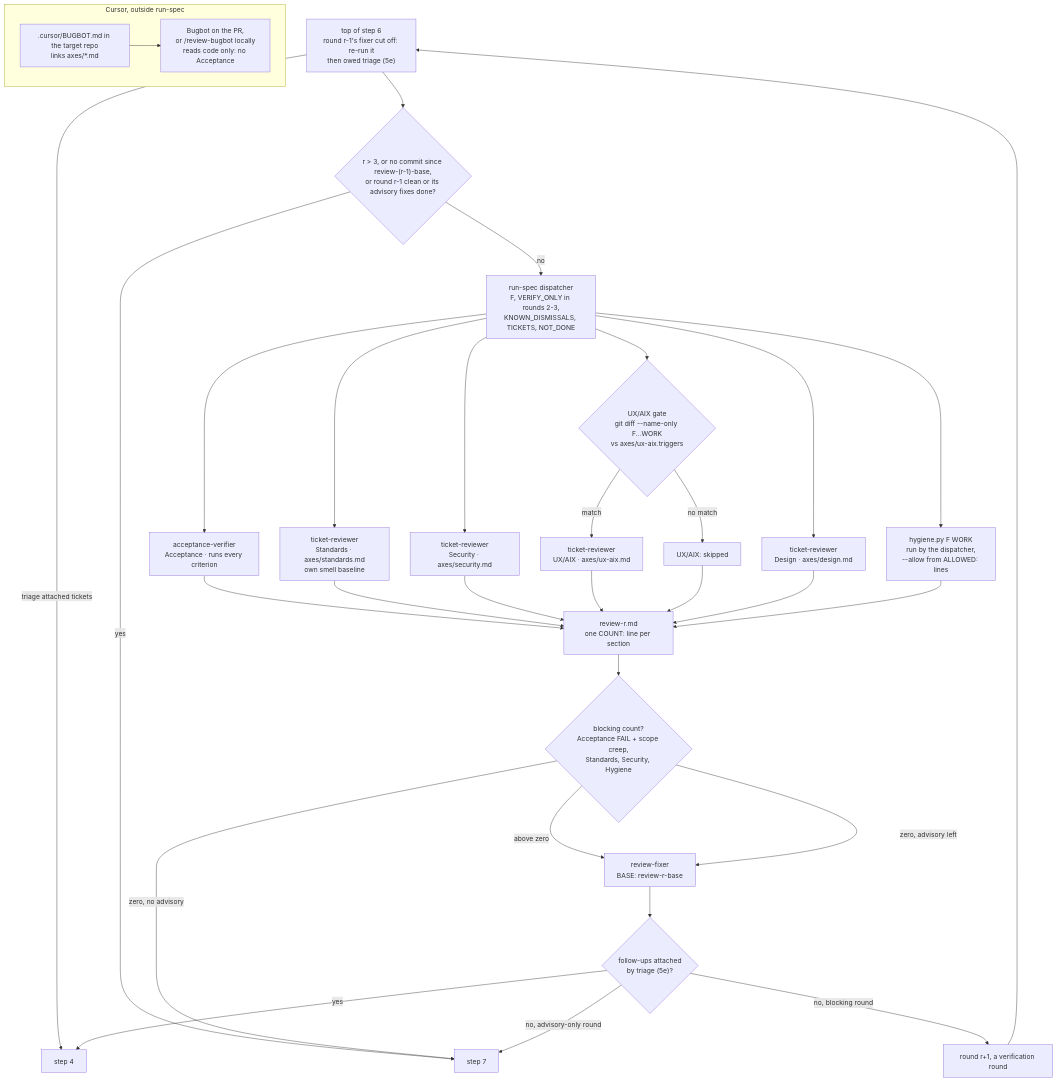
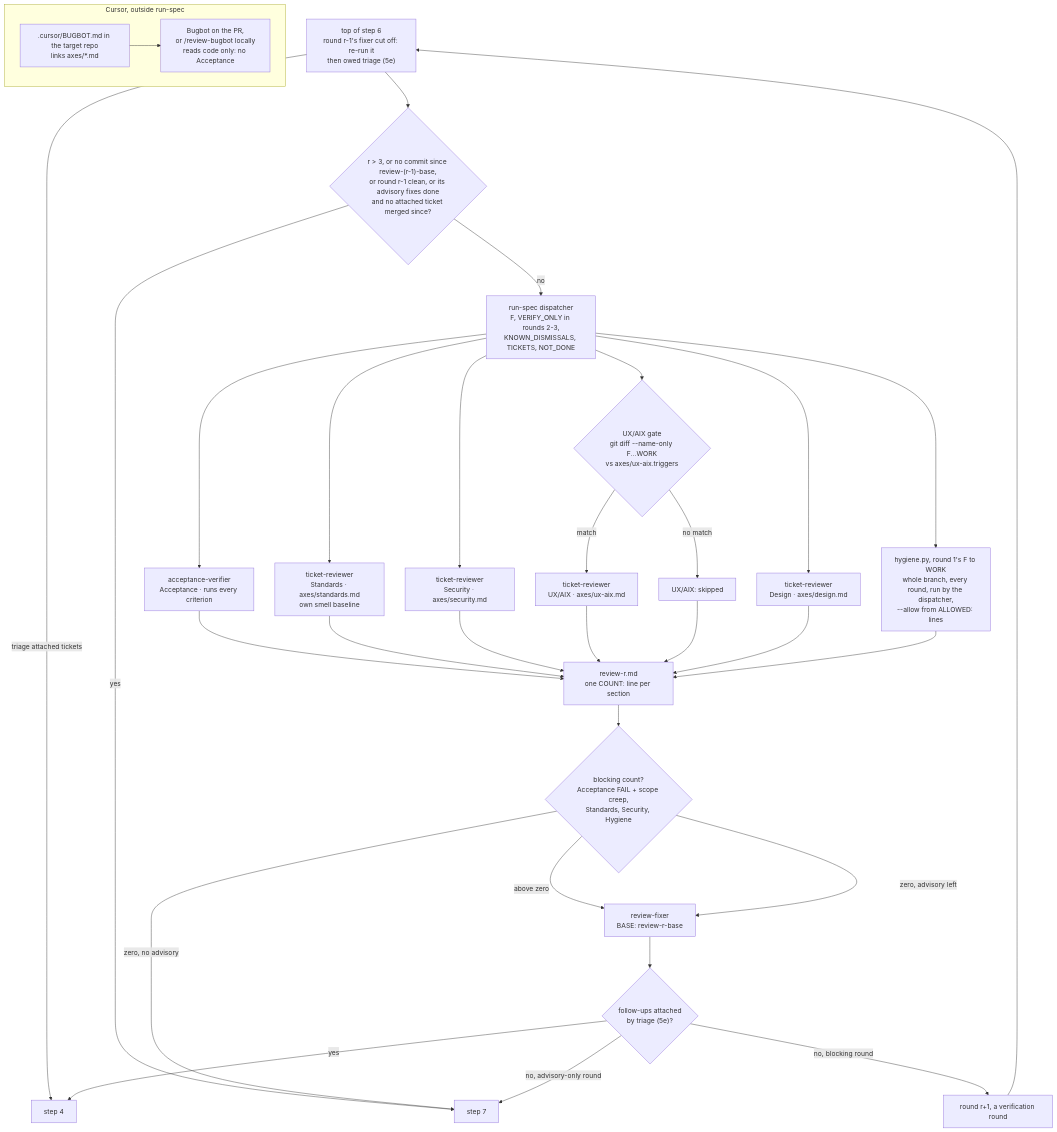
Before and after one commit to rodrigorjsf/ai-study-library: the second of 2 diagrams in ai/skills/run-spec/README.md, drawn with Mermaid. The commit also changed other lines of this file and 13 other files, not shown here.

First line of the commit message:
fix(run-spec): round 3 findings — queue holds on halt, whole-branch hygiene each round, pragma and notice rules, anchored ticket lines

````diff
--- a/ai/skills/run-spec/README.md
+++ b/ai/skills/run-spec/README.md
@@ -53,27 +53,27 @@
 ```mermaid
 flowchart TB
     TOP["top of step 6<br/>round r-1's fixer cut off: re-run it<br/>then owed triage (5e)"] -- "triage attached tickets" --> S4["step 4"]
-    TOP --> SQ{"r > 3, or no commit since review-(r-1)-base,<br/>or round r-1 clean or its advisory fixes done?"}
+    TOP --> SQ{"r > 3, or no commit since review-(r-1)-base,<br/>or round r-1 clean, or its advisory fixes done<br/>and no attached ticket merged since?"}
     SQ -- yes --> S7["step 7"]
     SQ -- no --> D["run-spec dispatcher<br/>F, VERIFY_ONLY in rounds 2-3,<br/>KNOWN_DISMISSALS, TICKETS, NOT_DONE"]
     D --> ACC["acceptance-verifier<br/>Acceptance · runs every criterion"]
     D --> STD["ticket-reviewer<br/>Standards · axes/standards.md<br/>own smell baseline"]
     D --> SEC["ticket-reviewer<br/>Security · axes/security.md"]
     D --> G{"UX/AIX gate<br/>git diff --name-only F...WORK<br/>vs axes/ux-aix.triggers"}
     G -- match --> UX["ticket-reviewer<br/>UX/AIX · axes/ux-aix.md"]
     G -- no match --> SKIP["UX/AIX: skipped"]
     D --> DES["ticket-reviewer<br/>Design · axes/design.md"]
-    D --> HY["hygiene.py F WORK<br/>run by the dispatcher,<br/>--allow from ALLOWED: lines"]
+    D --> HY["hygiene.py, round 1's F to WORK<br/>whole branch, every round, run by the dispatcher,<br/>--allow from ALLOWED: lines"]
     ACC & STD & SEC & UX & SKIP & DES & HY --> R["review-r.md<br/>one COUNT: line per section"]
     R --> RT{"blocking count?<br/>Acceptance FAIL + scope creep,<br/>Standards, Security, Hygiene"}
     RT -- "zero, no advisory" --> S7
     RT -- "above zero" --> FX["review-fixer<br/>BASE: review-r-base"]
     RT -- "zero, advisory left" --> FX
     FX --> TR{"follow-ups attached<br/>by triage (5e)?"}
     TR -- yes --> S4
     TR -- "no, blocking round" --> NEXT["round r+1, a verification round"] --> TOP
     TR -- "no, advisory-only round" --> S7
     subgraph CURSOR ["Cursor, outside run-spec"]
         BB[".cursor/BUGBOT.md in the target repo<br/>links axes/*.md"] --> BOT["Bugbot on the PR,<br/>or /review-bugbot locally<br/>reads code only: no Acceptance"]
     end
 ```
````
